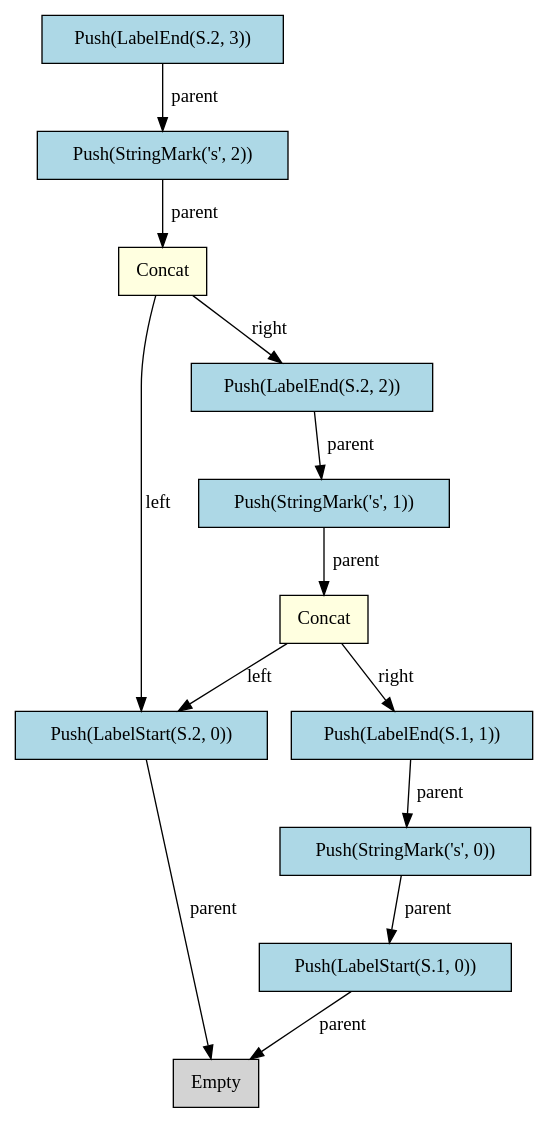
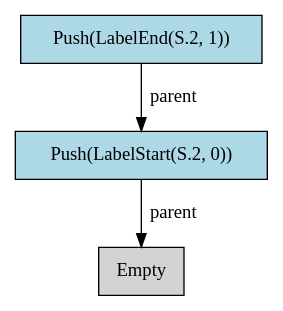
Before and after one commit to water-mizuu/glush_dart: the diagram in another.dot, drawn with Graphviz. The commit also changed 21 other files, not shown here.

```diff
--- a/another.dot
+++ b/another.dot
@@ -1,27 +1,9 @@
 digraph GlushList {
   node [shape=box, style=rounded];
   rankdir=TB;
-  node_0 [label="Push(LabelEnd(S.2, 3))", style="filled", fillcolor="lightblue"];
+  node_0 [label="Push(LabelEnd(S.2, 1))", style="filled", fillcolor="lightblue"];
   node_0 -> node_1 [label="parent"];
-  node_1 [label="Push(StringMark('s', 2))", style="filled", fillcolor="lightblue"];
+  node_1 [label="Push(LabelStart(S.2, 0))", style="filled", fillcolor="lightblue"];
   node_1 -> node_2 [label="parent"];
-  node_2 [label="Concat", style="filled", fillcolor="lightyellow"];
-  node_2 -> node_3 [label="left"];
-  node_2 -> node_4 [label="right"];
-  node_3 [label="Push(LabelStart(S.2, 0))", style="filled", fillcolor="lightblue"];
-  node_3 -> node_5 [label="parent"];
-  node_5 [label="Empty", style="filled", fillcolor="lightgray"];
-  node_4 [label="Push(LabelEnd(S.2, 2))", style="filled", fillcolor="lightblue"];
-  node_4 -> node_6 [label="parent"];
-  node_6 [label="Push(StringMark('s', 1))", style="filled", fillcolor="lightblue"];
-  node_6 -> node_7 [label="parent"];
-  node_7 [label="Concat", style="filled", fillcolor="lightyellow"];
-  node_7 -> node_3 [label="left"];
-  node_7 -> node_8 [label="right"];
-  node_8 [label="Push(LabelEnd(S.1, 1))", style="filled", fillcolor="lightblue"];
-  node_8 -> node_9 [label="parent"];
-  node_9 [label="Push(StringMark('s', 0))", style="filled", fillcolor="lightblue"];
-  node_9 -> node_10 [label="parent"];
-  node_10 [label="Push(LabelStart(S.1, 0))", style="filled", fillcolor="lightblue"];
-  node_10 -> node_5 [label="parent"];
+  node_2 [label="Empty", style="filled", fillcolor="lightgray"];
 }
```
